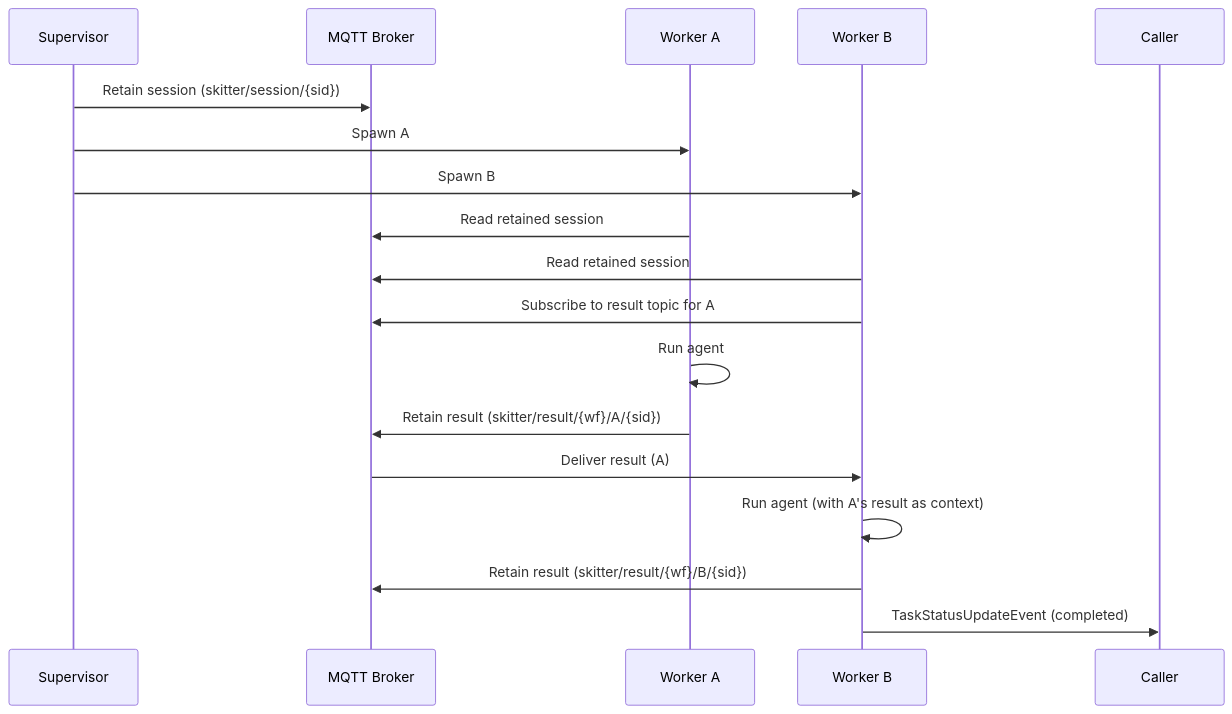
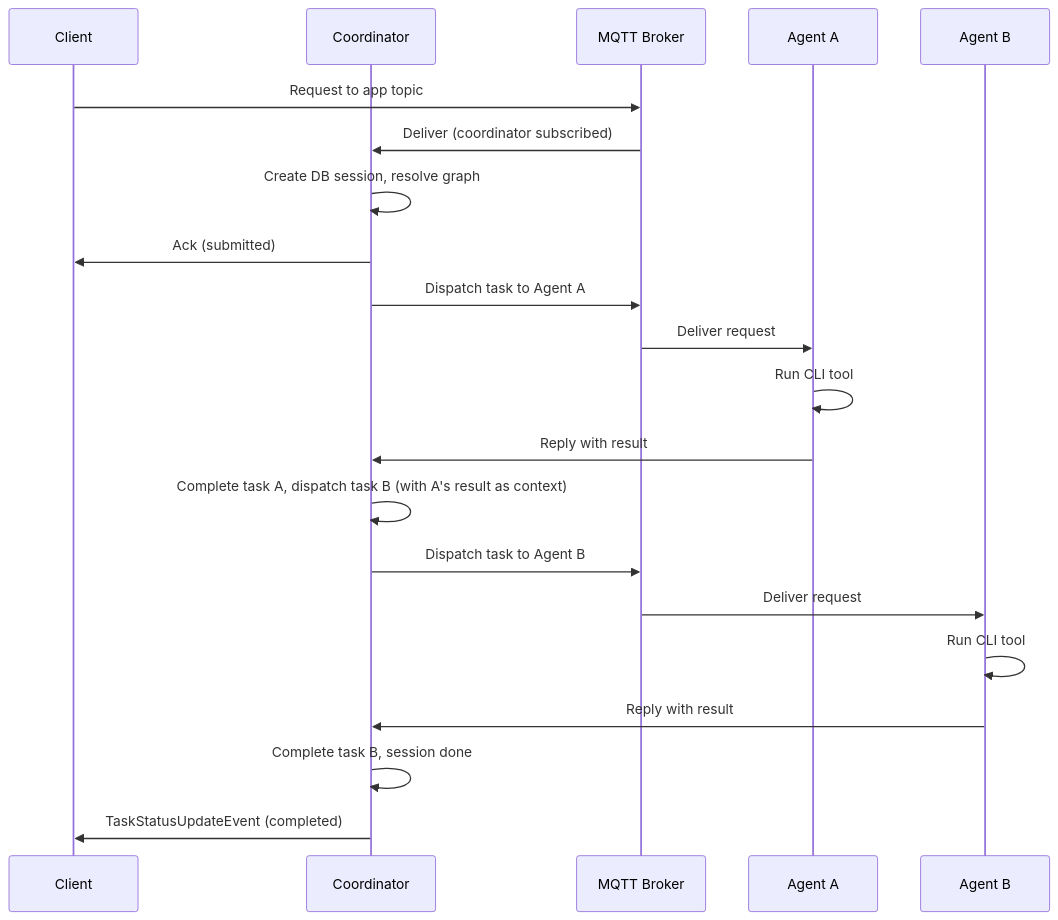
Before and after one commit to id/skitter: the second of 4 diagrams in docs/architecture.md, drawn with Mermaid. The commit also changed other lines of this file and 11 other files, not shown here.

````diff
--- a/docs/architecture.md
+++ b/docs/architecture.md
@@ -80,20 +77,24 @@
 ```mermaid
 sequenceDiagram
-    participant S as Supervisor
+    participant C as Client
+    participant Co as Coordinator
     participant B as MQTT Broker
-    participant W1 as Worker A
-    participant W2 as Worker B
+    participant A1 as Agent A
+    participant A2 as Agent B
 
-    S->>B: Retain session (skitter/session/{sid})
-    S->>W1: Spawn A
-    S->>W2: Spawn B
-    W1->>B: Read retained session
-    W2->>B: Read retained session
-    W2->>B: Subscribe to result topic for A
-    W1->>W1: Run agent
-    W1->>B: Retain result (skitter/result/{wf}/A/{sid})
-    B->>W2: Deliver result (A)
-    W2->>W2: Run agent (with A's result as context)
-    W2->>B: Retain result (skitter/result/{wf}/B/{sid})
-    W2->>Caller: TaskStatusUpdateEvent (completed)
+    C->>B: Request to app topic
+    B->>Co: Deliver (coordinator subscribed)
+    Co->>Co: Create DB session, resolve graph
+    Co->>C: Ack (submitted)
+    Co->>B: Dispatch task to Agent A
+    B->>A1: Deliver request
+    A1->>A1: Run CLI tool
+    A1->>Co: Reply with result
+    Co->>Co: Complete task A, dispatch task B (with A's result as context)
+    Co->>B: Dispatch task to Agent B
+    B->>A2: Deliver request
+    A2->>A2: Run CLI tool
+    A2->>Co: Reply with result
+    Co->>Co: Complete task B, session done
+    Co->>C: TaskStatusUpdateEvent (completed)
 ```
````
